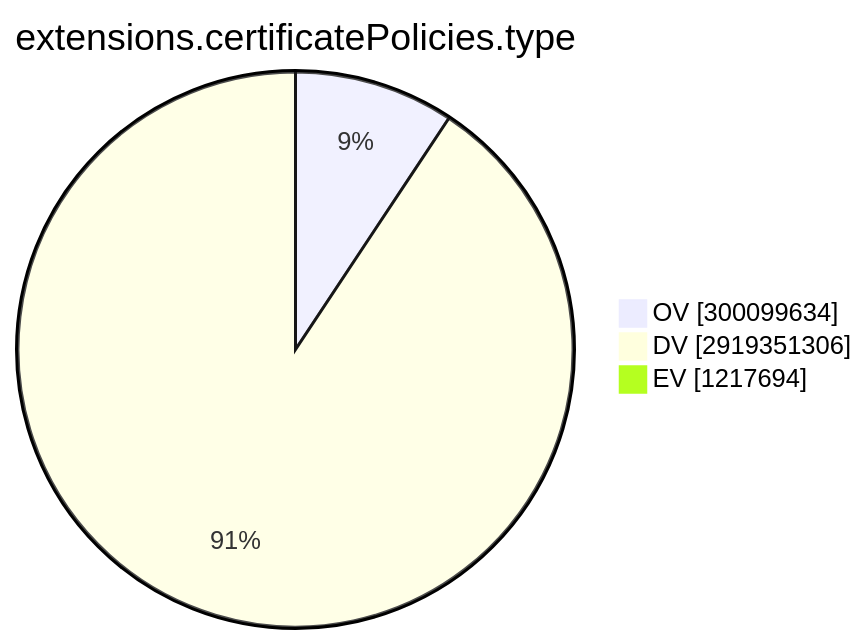
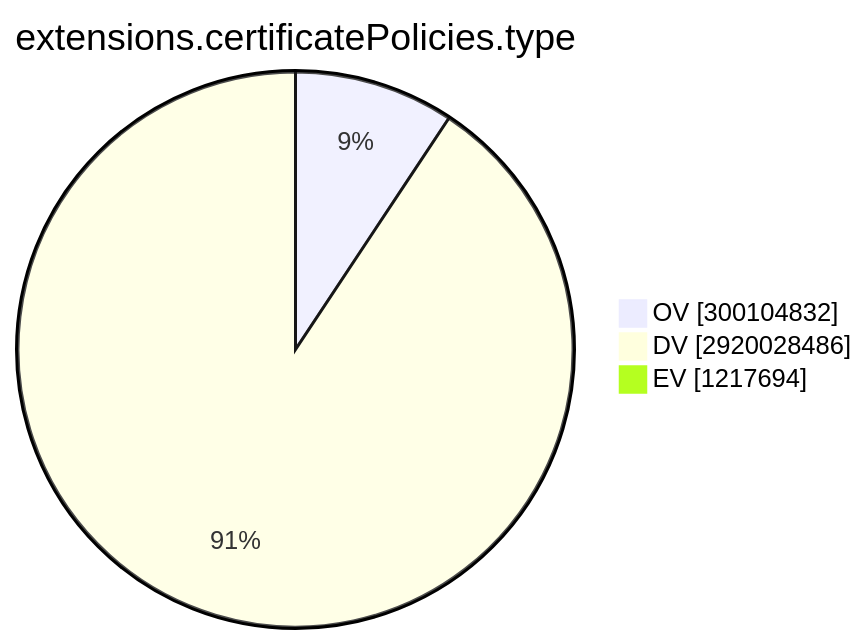
One commit to christiankrug/ctmonitor_visualization changed the ninth of 15 diagrams in TOTAL/README.md. Above: the diagram before and after it, drawn with Mermaid. The commit also changed other lines of this file, not shown here.

````diff
--- a/TOTAL/README.md
+++ b/TOTAL/README.md
@@ -3101,7 +3101,7 @@
 ```mermaid
 pie showData
 title extensions.certificatePolicies.type
-"OV" :300099634
-"DV" :2919351306
+"OV" :300104832
+"DV" :2920028486
 "EV" :1217694
 ```
````
